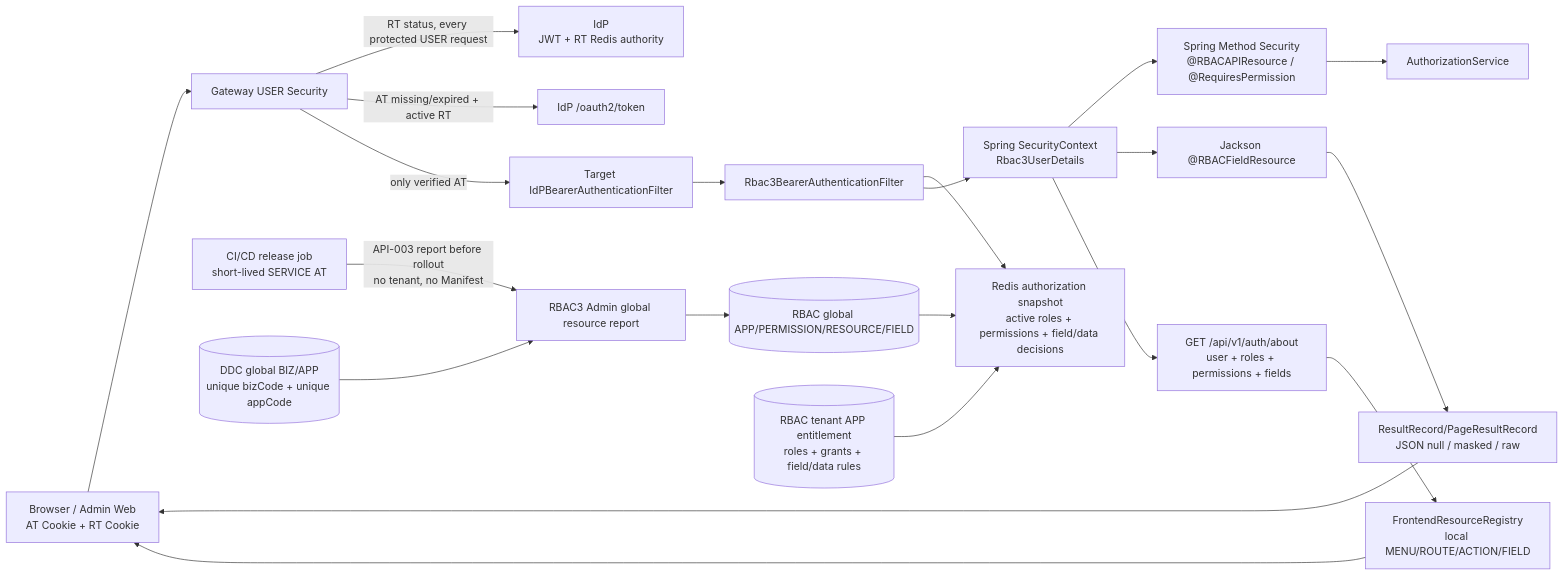
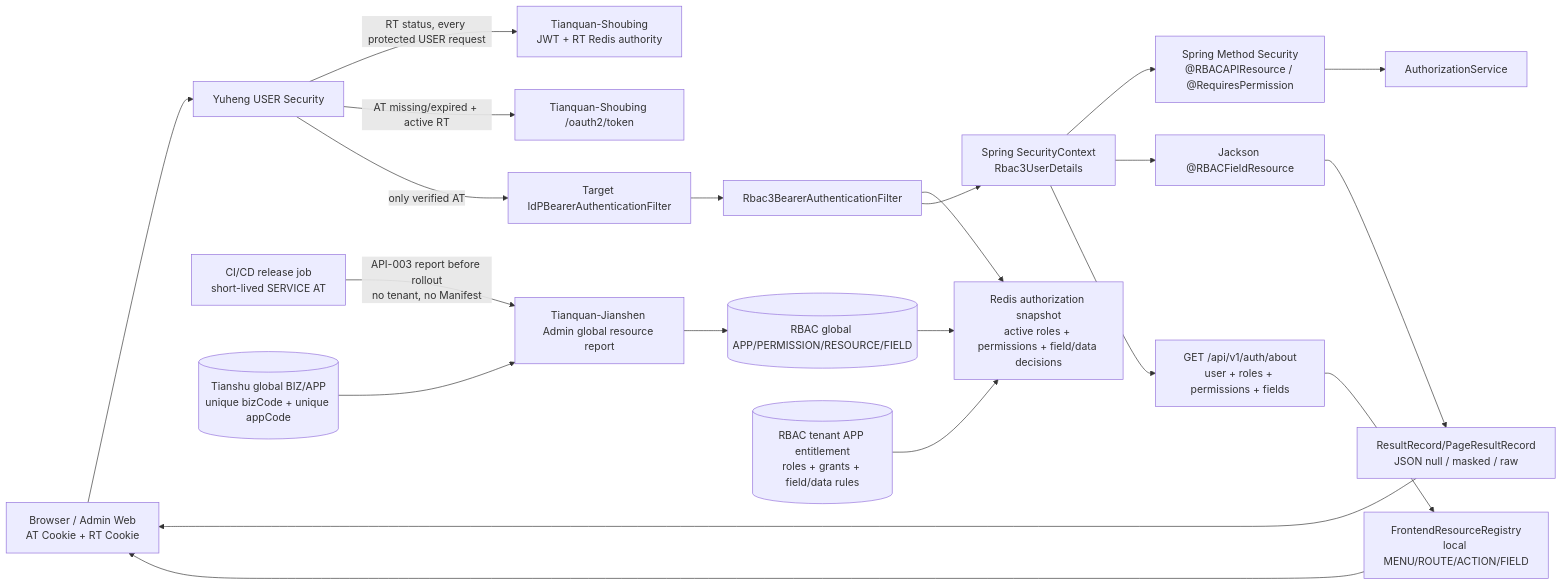
Before and after one commit to AllenDEricDAlexander/Egon-COLA: the second of 7 diagrams in docs/egon/spec/2026-08-17-09-37-rbac3-annotation-userdetails-field-authorization.md, drawn with Mermaid. The commit also changed other lines of this file and 233 other files, not shown here.

````diff
--- a/docs/egon/spec/2026-08-17-09-37-rbac3-annotation-userdetails-field-authorization.md
+++ b/docs/egon/spec/2026-08-17-09-37-rbac3-annotation-userdetails-field-authorization.md
@@ -303,23 +303,23 @@
 ```mermaid
 flowchart LR
-    UI["Browser / Admin Web\nAT Cookie + RT Cookie"] --> GW["Gateway USER Security"]
-    GW -->|"RT status, every protected USER request"| IDP["IdP\nJWT + RT Redis authority"]
-    GW -->|"AT missing/expired + active RT"| REF["IdP /oauth2/token"]
+    UI["Browser / Admin Web\nAT Cookie + RT Cookie"] --> GW["Yuheng USER Security"]
+    GW -->|"RT status, every protected USER request"| Tianquan-Shoubing["Tianquan-Shoubing\nJWT + RT Redis authority"]
+    GW -->|"AT missing/expired + active RT"| REF["Tianquan-Shoubing /oauth2/token"]
     GW -->|"only verified AT"| IDS["Target IdPBearerAuthenticationFilter"]
     IDS --> RBF["Rbac3BearerAuthenticationFilter"]
     RBF --> CACHE["Redis authorization snapshot\nactive roles + permissions + field/data decisions"]
     RBF --> SC["Spring SecurityContext\nRbac3UserDetails"]
     SC --> MA["Spring Method Security\n@RBACAPIResource / @RequiresPermission"]
     MA --> AS["AuthorizationService"]
     SC --> JS["Jackson @RBACFieldResource"]
     SC --> ABOUT["GET /api/v1/auth/about\nuser + roles + permissions + fields"]
     ABOUT --> LOCAL["FrontendResourceRegistry\nlocal MENU/ROUTE/ACTION/FIELD"]
     LOCAL --> UI
-    CI["CI/CD release job\nshort-lived SERVICE AT"] -->|"API-003 report before rollout\nno tenant, no Manifest"| RBACADMIN["RBAC3 Admin global resource report"]
-    DDC[("DDC global BIZ/APP\nunique bizCode + unique appCode")] --> RBACADMIN
+    CI["CI/CD release job\nshort-lived SERVICE AT"] -->|"API-003 report before rollout\nno tenant, no Manifest"| RBACADMIN["Tianquan-Jianshen Admin global resource report"]
+    Tianshu[("Tianshu global BIZ/APP\nunique bizCode + unique appCode")] --> RBACADMIN
     RBACADMIN --> CATALOG[("RBAC global APP/PERMISSION/RESOURCE/FIELD")]
     TENANT[("RBAC tenant APP entitlement\nroles + grants + field/data rules")] --> CACHE
     CATALOG --> CACHE
     JS --> OUT["ResultRecord/PageResultRecord\nJSON null / masked / raw"]
     OUT --> UI
 ```
````
